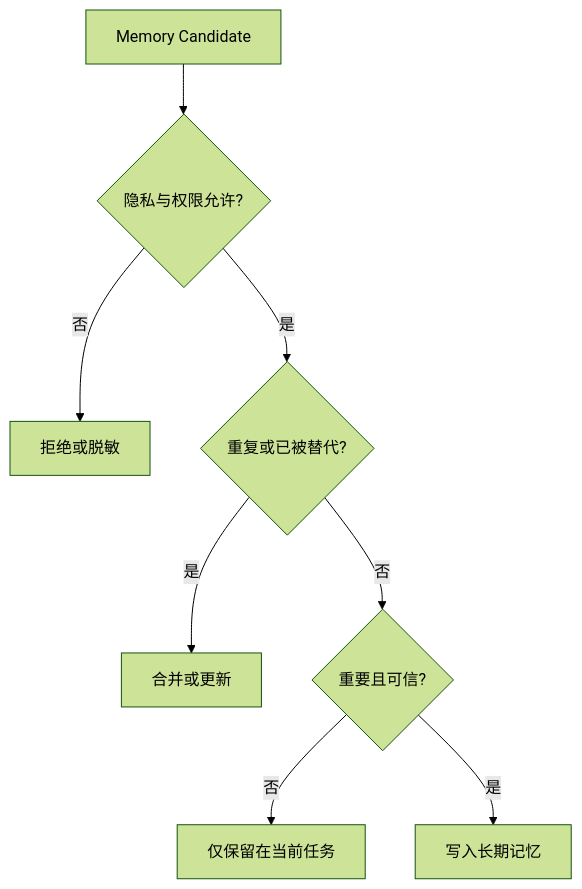
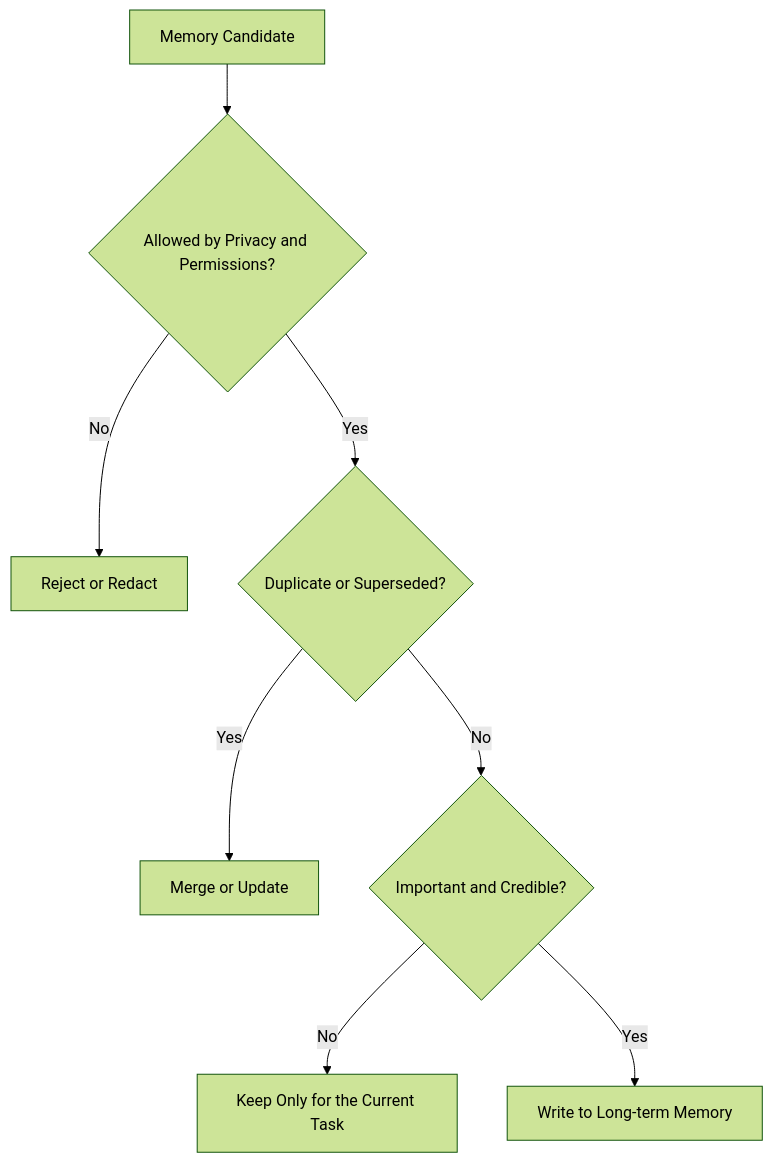
The sixth of 15 diagrams in docs/agent/03-memory-context/07-agent-memory.md (oneleaveknowsthefall/awesome-ai-roadmap), drawn with Mermaid (forest theme) before and after one commit. The commit also changed other lines of this file and 68 other files, not shown here.

````diff
--- a/docs/agent/03-memory-context/07-agent-memory.md
+++ b/docs/agent/03-memory-context/07-agent-memory.md
@@ -353,10 +353,10 @@
 ```mermaid
 flowchart TB
-    C[Memory Candidate] --> P{隐私与权限允许?}
-    P -->|否| DROP[拒绝或脱敏]
-    P -->|是| D{重复或已被替代?}
-    D -->|是| UPDATE[合并或更新]
-    D -->|否| V{重要且可信?}
-    V -->|否| TEMP[仅保留在当前任务]
-    V -->|是| STORE[写入长期记忆]
+    C[Memory Candidate] --> P{Allowed by Privacy and Permissions?}
+    P -->|No| DROP[Reject or Redact]
+    P -->|Yes| D{Duplicate or Superseded?}
+    D -->|Yes| UPDATE[Merge or Update]
+    D -->|No| V{Important and Credible?}
+    V -->|No| TEMP[Keep Only for the Current Task]
+    V -->|Yes| STORE[Write to Long-term Memory]
 ```
````
